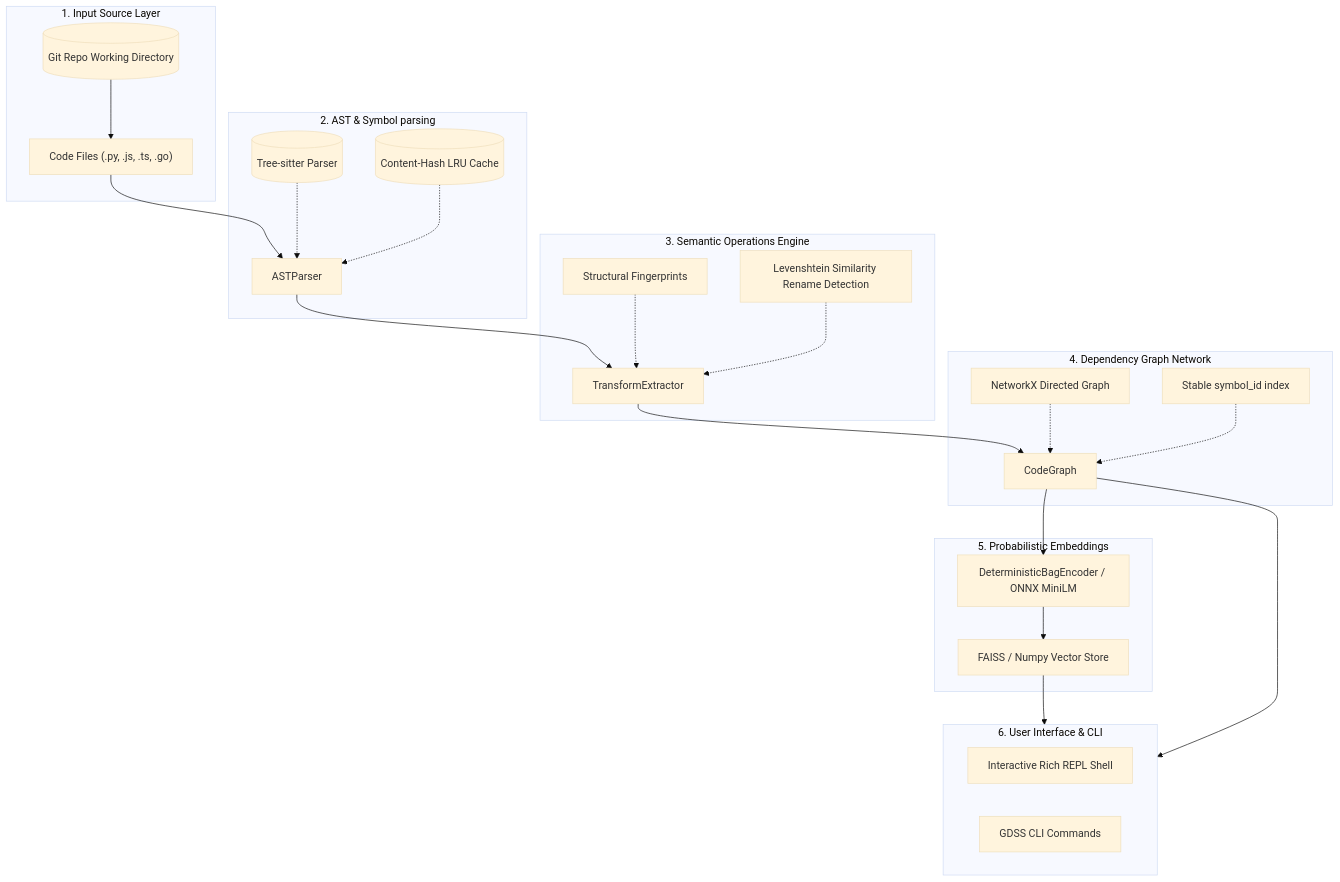
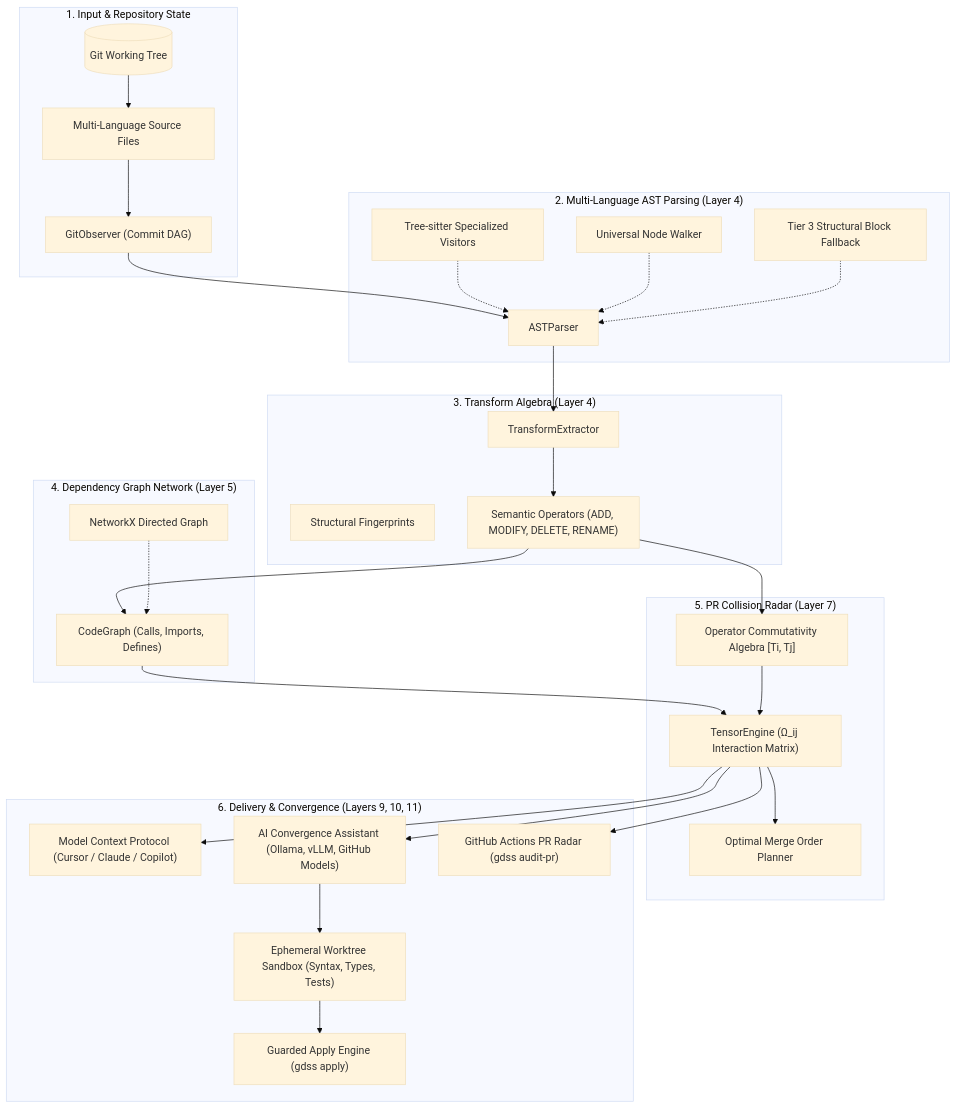
The diagram in docs/codebase_guide.md (Sarthak2233/GDSS), drawn with Mermaid (base theme) before and after one commit. The commit also changed other lines of this file and 330 other files, not shown here.

First line of the commit message:
feat(core,ai,mcp,validation,ci): Semantic PR Collision Radar & Convergence Assistant

````diff
--- a/docs/codebase_guide.md
+++ b/docs/codebase_guide.md
@@ -27,50 +43,53 @@
 ```mermaid
 flowchart TD
-    subgraph RepoState["1. Input Source Layer"]
-        GitRepo[("Git Repo Working Directory")]
-        Files["Code Files (.py, .js, .ts, .go)"]
+    subgraph Input ["1. Input & Repository State"]
+        GitRepo[("Git Working Tree")]
+        Files["Multi-Language Source Files"]
+        Observer["GitObserver (Commit DAG)"]
     end
 
-    subgraph ParserLayer["2. AST & Symbol parsing"]
-        TS[("Tree-sitter Parser")]
-        Cache[("Content-Hash LRU Cache")]
+    subgraph ParserLayer ["2. Multi-Language AST Parsing (Layer 4)"]
+        TS["Tree-sitter Specialized Visitors"]
+        Walk["Universal Node Walker"]
+        Fall["Tier 3 Structural Block Fallback"]
         AST["ASTParser"]
     end
 
-    subgraph OperatorLayer["3. Semantic Operations Engine"]
+    subgraph OperatorLayer ["3. Transform Algebra (Layer 4)"]
         Fing["Structural Fingerprints"]
-        Sim["Levenshtein Similarity Rename Detection"]
         Extractor["TransformExtractor"]
+        Ops["Semantic Operators (ADD, MODIFY, DELETE, RENAME)"]
     end
 
-    subgraph GraphLayer["4. Dependency Graph Network"]
+    subgraph GraphLayer ["4. Dependency Graph Network (Layer 5)"]
         NX["NetworkX Directed Graph"]
-        SymbolIndex["Stable symbol_id index"]
-        CodeGraph["CodeGraph"]
+        CodeGraph["CodeGraph (Calls, Imports, Defines)"]
     end
 
-    subgraph EmbeddingLayer["5. Probabilistic Embeddings"]
-        Enc["DeterministicBagEncoder / ONNX MiniLM"]
-        VS["FAISS / Numpy Vector Store"]
+    subgraph ConflictLayer ["5. PR Collision Radar (Layer 7)"]
+        Commute["Operator Commutativity Algebra [Ti, Tj]"]
+        Tensor["TensorEngine (Ω_ij Interaction Matrix)"]
+        Order["Optimal Merge Order Planner"]
     end
 
-    subgraph UILayer["6. User Interface & CLI"]
-        REPL["Interactive Rich REPL Shell"]
-        CLI["GDSS CLI Commands"]
+    subgraph DeliveryLayer ["6. Delivery & Convergence (Layers 9, 10, 11)"]
+        MCP["Model Context Protocol (Cursor / Claude / Copilot)"]
+        Suggester["AI Convergence Assistant (Ollama, vLLM, GitHub Models)"]
+        Sandbox["Ephemeral Worktree Sandbox (Syntax, Types, Tests)"]
+        Apply["Guarded Apply Engine (gdss apply)"]
+        CI["GitHub Actions PR Radar (gdss audit-pr)"]
     end
 
-    GitRepo --> Files
-    Files --> AST
+    GitRepo --> Files --> Observer --> AST
     TS -.-> AST
-    Cache -.-> AST
-    AST --> Extractor
-    Fing -.-> Extractor
-    Sim -.-> Extractor
-    Extractor --> CodeGraph
+    Walk -.-> AST
+    Fall -.-> AST
+    AST --> Extractor --> Ops --> CodeGraph
     NX -.-> CodeGraph
-    SymbolIndex -.-> CodeGraph
-    CodeGraph --> Enc
-    Enc --> VS
-    VS --> UILayer
-    CodeGraph --> UILayer
+    CodeGraph --> Tensor
+    Ops --> Commute --> Tensor
+    Tensor --> Order
+    Tensor --> MCP
+    Tensor --> Suggester --> Sandbox --> Apply
+    Tensor --> CI
 ```
````
